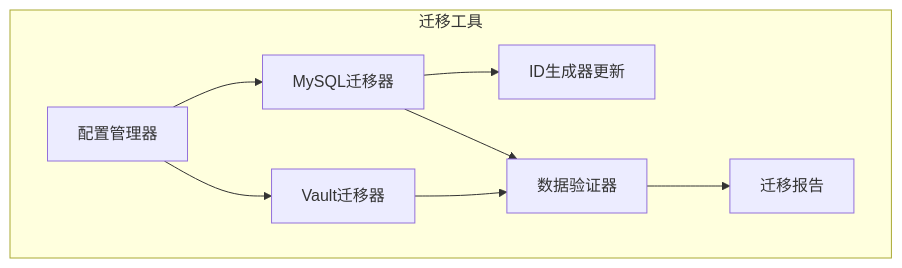
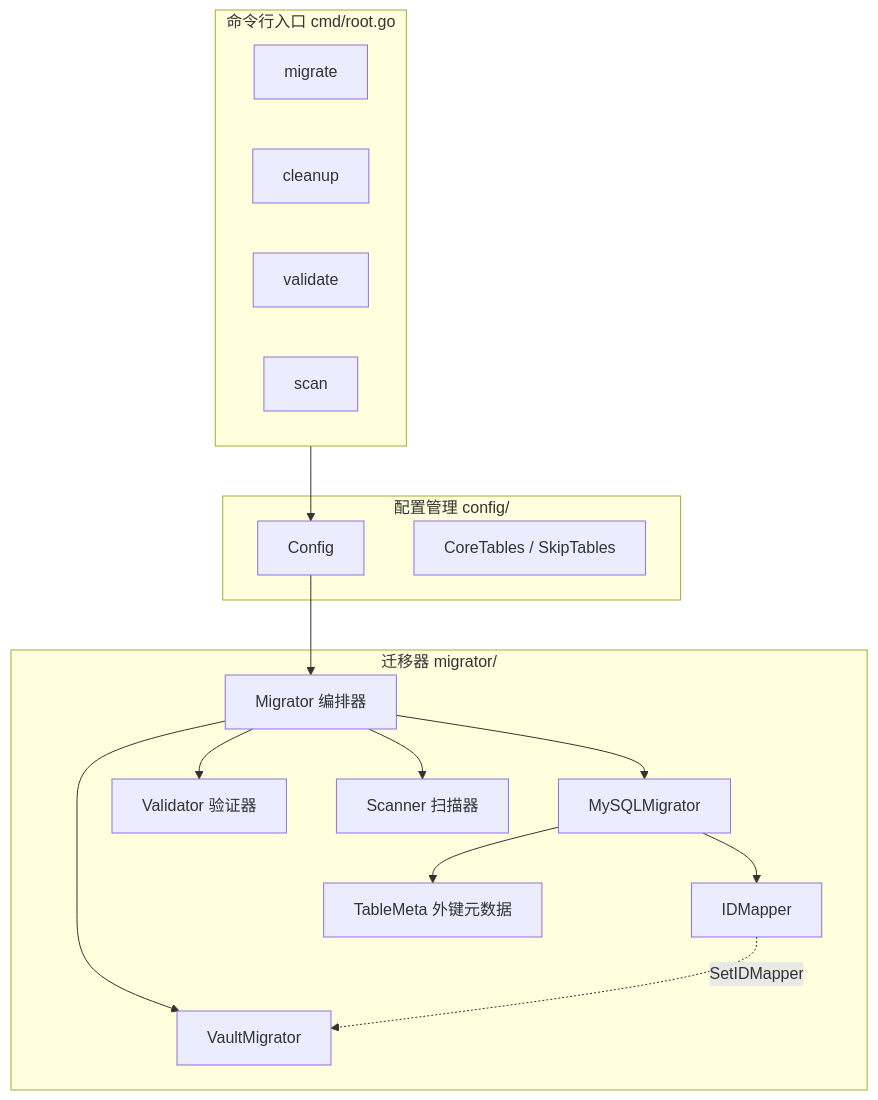
Before and after one commit to a-linye/bk-bscp: the fifth of 7 diagrams in cmd/tenant-migration/docs/多租户迁移plan.md, drawn with Mermaid. The commit also changed other lines of this file and 9 other files, not shown here.

````diff
--- a/cmd/tenant-migration/docs/多租户迁移plan.md
+++ b/cmd/tenant-migration/docs/多租户迁移plan.md
@@ -375,18 +339,34 @@
 ```mermaid
 flowchart TB
-    subgraph migrator [迁移工具]
-        config[配置管理器]
-        mysql_migrator[MySQL迁移器]
-        vault_migrator[Vault迁移器]
-        id_updater[ID生成器更新]
-        validator[数据验证器]
-        reporter[迁移报告]
+    subgraph CLI [命令行入口 cmd/root.go]
+        migrate_cmd[migrate]
+        cleanup_cmd[cleanup]
+        validate_cmd[validate]
+        scan_cmd[scan]
     end
     
-    config --> mysql_migrator
-    config --> vault_migrator
-    mysql_migrator --> id_updater
-    mysql_migrator --> validator
-    vault_migrator --> validator
-    validator --> reporter
+    subgraph config [配置管理 config/]
+        cfg[Config]
+        table_list[CoreTables / SkipTables]
+    end
+    
+    subgraph migrator_pkg [迁移器 migrator/]
+        orchestrator[Migrator 编排器]
+        mysql_m[MySQLMigrator]
+        vault_m[VaultMigrator]
+        id_mapper[IDMapper]
+        table_meta[TableMeta 外键元数据]
+        validator[Validator 验证器]
+        scanner[Scanner 扫描器]
+    end
+    
+    CLI --> cfg
+    cfg --> orchestrator
+    orchestrator --> mysql_m
+    orchestrator --> vault_m
+    orchestrator --> validator
+    orchestrator --> scanner
+    mysql_m --> id_mapper
+    mysql_m --> table_meta
+    id_mapper -.->|"SetIDMapper"| vault_m
 ```
````
